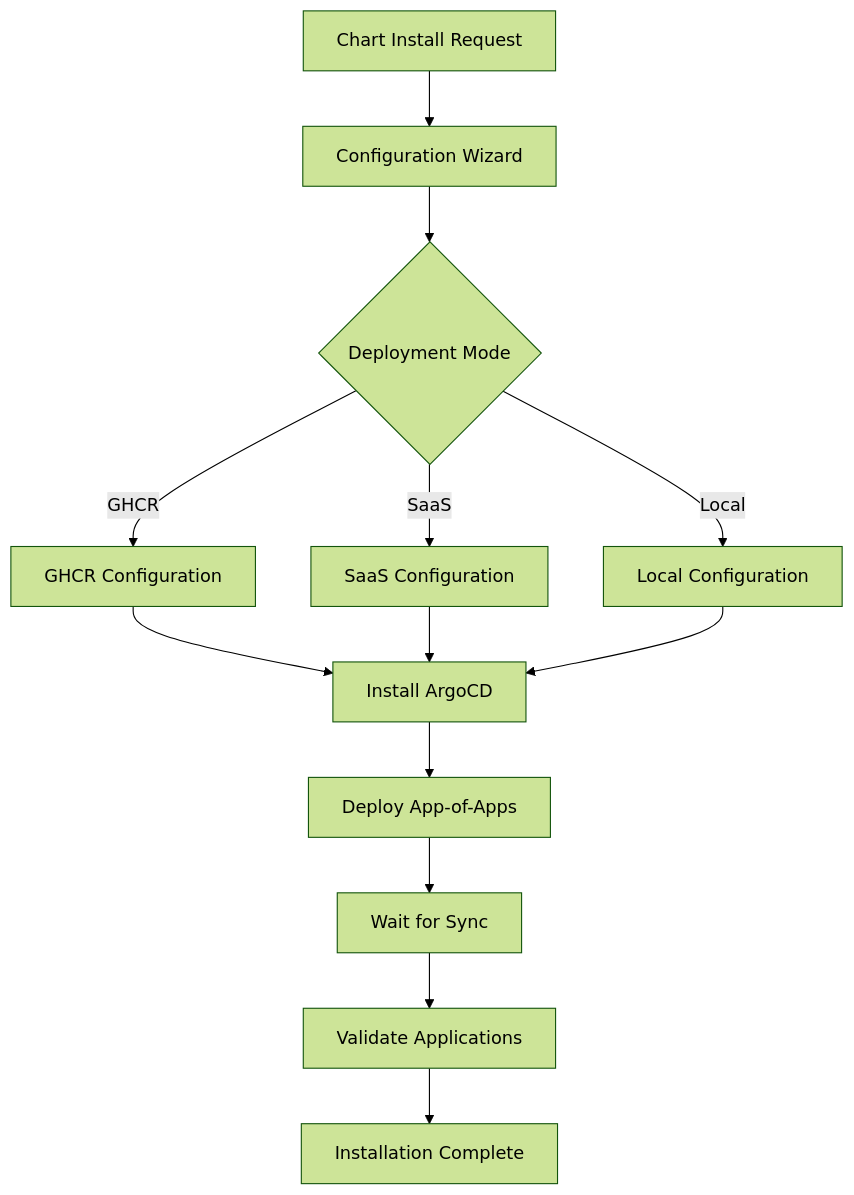
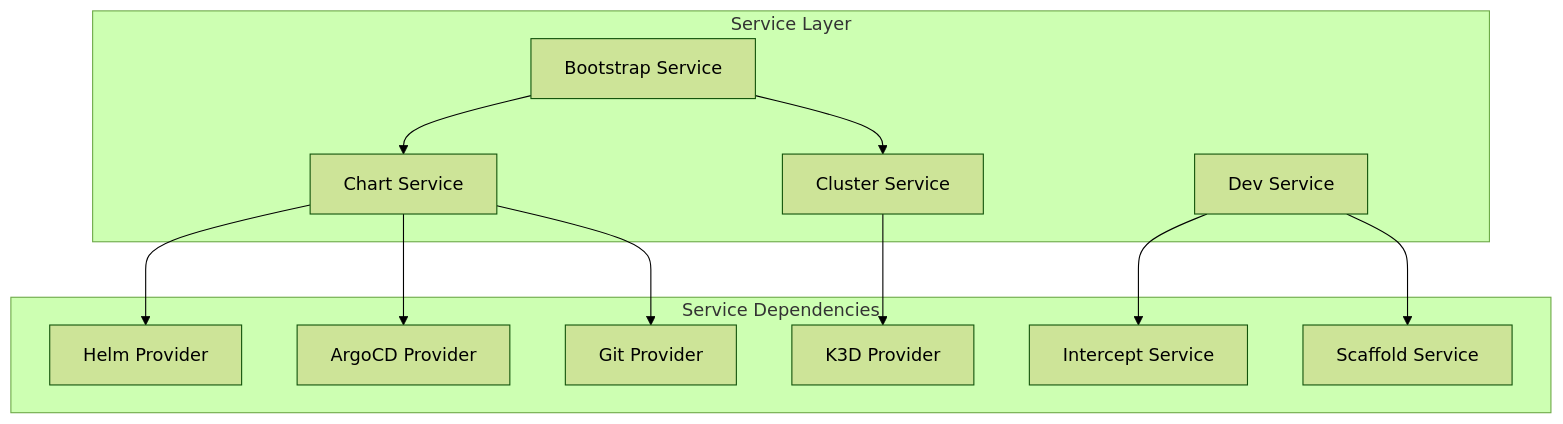
One commit to Praesto-Pro/openframe-cli changed the third of 7 diagrams in docs/development/architecture/README.md. Above: the diagram before and after it, drawn with Mermaid (forest theme). The commit also changed other lines of this file and 22 other files, not shown here.

````diff
--- a/docs/development/architecture/README.md
+++ b/docs/development/architecture/README.md
@@ -166,15 +178,23 @@
 ```mermaid
-flowchart TD
-    A[Chart Install Request] --> B[Configuration Wizard]
-    B --> C{Deployment Mode}
-    C -->|GHCR| D[GHCR Configuration]
-    C -->|SaaS| E[SaaS Configuration]
-    C -->|Local| F[Local Configuration]
-    D --> G[Install ArgoCD]
-    E --> G
-    F --> G
-    G --> H[Deploy App-of-Apps]
-    H --> I[Wait for Sync]
-    I --> J[Validate Applications]
-    J --> K[Installation Complete]
+graph TD
+    subgraph "Service Layer"
+        BootstrapSvc[Bootstrap Service]
+        ClusterSvc[Cluster Service]
+        ChartSvc[Chart Service]
+        DevSvc[Dev Service]
+    end
+    
+    subgraph "Service Dependencies"
+        BootstrapSvc --> ClusterSvc
+        BootstrapSvc --> ChartSvc
+        
+        ChartSvc --> HelmProvider[Helm Provider]
+        ChartSvc --> ArgoCDProvider[ArgoCD Provider]
+        ChartSvc --> GitProvider[Git Provider]
+        
+        ClusterSvc --> K3DProvider[K3D Provider]
+        
+        DevSvc --> InterceptSvc[Intercept Service]
+        DevSvc --> ScaffoldSvc[Scaffold Service]
+    end
 ```
````
